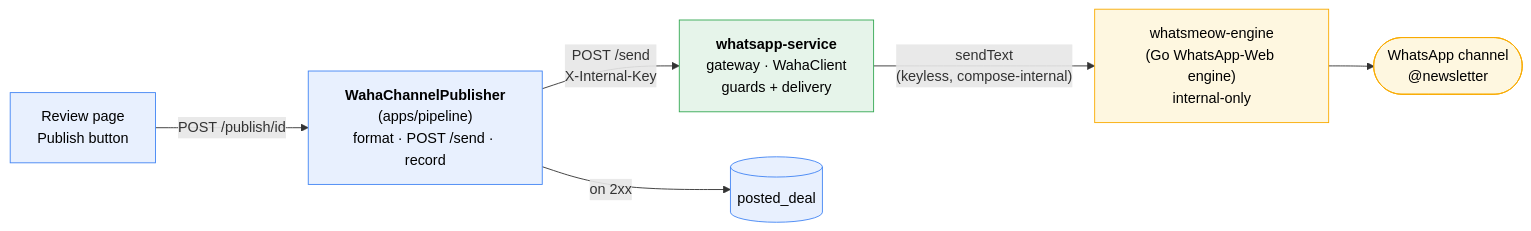
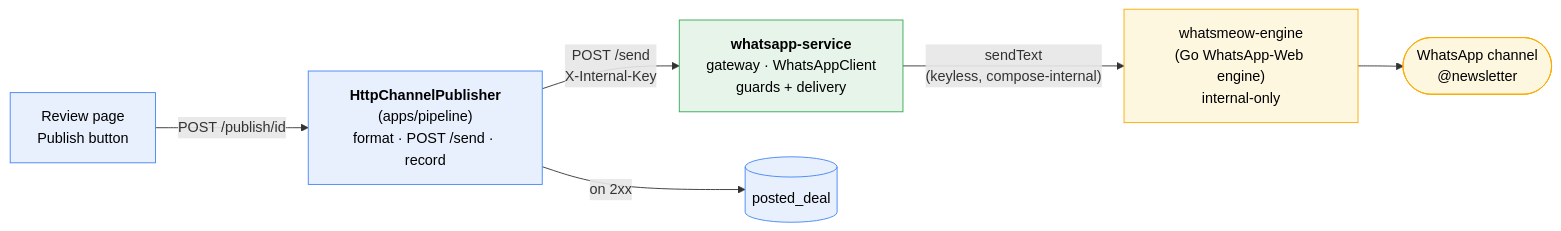
The third of 3 diagrams in README.md (andreiRS/deal-promoter), drawn with Mermaid before and after one commit. The commit also changed other lines of this file and 1 other file, not shown here.

First line of the commit message:
docs: replace WAHA with the whatsmeow engine in README and glossary

````diff
--- a/README.md
+++ b/README.md
@@ -179,21 +181,21 @@
 ```mermaid
 flowchart LR
     REV["Review page<br/>Publish button"]
-    PUB["<b>WahaChannelPublisher</b><br/>(apps/pipeline)<br/>format · POST /send · record"]
-    GW["<b>whatsapp-service</b><br/>gateway · WahaClient<br/>guards + delivery"]
+    PUB["<b>HttpChannelPublisher</b><br/>(apps/pipeline)<br/>format · POST /send · record"]
+    GW["<b>whatsapp-service</b><br/>gateway · WhatsAppClient<br/>guards + delivery"]
     ENG["whatsmeow-engine<br/>(Go WhatsApp-Web engine)<br/>internal-only"]
     CH(["WhatsApp channel<br/>@newsletter"])
     DB[("posted_deal")]
 
     REV -->|POST /publish/id| PUB
     PUB -->|"POST /send<br/>X-Internal-Key"| GW
     GW -->|"sendText<br/>(keyless, compose-internal)"| ENG --> CH
     PUB -->|on 2xx| DB
 
     classDef a fill:#e8f0fe,stroke:#4285f4,color:#000;
     classDef g fill:#e6f4ea,stroke:#34a853,color:#000;
     classDef e fill:#fef7e0,stroke:#f9ab00,color:#000;
     class REV,PUB,DB a;
     class GW g;
     class ENG,CH e;
 ```
````
